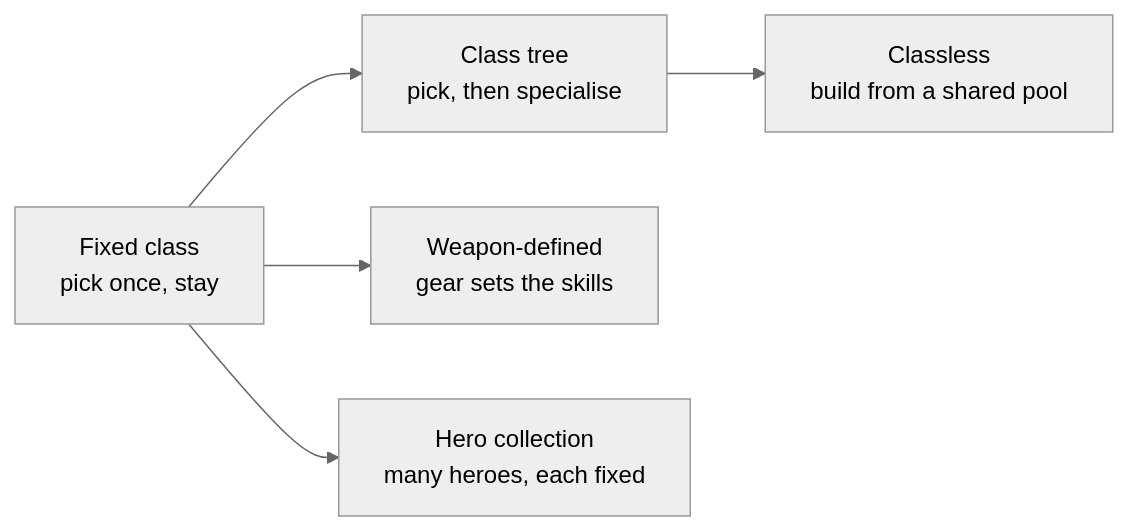
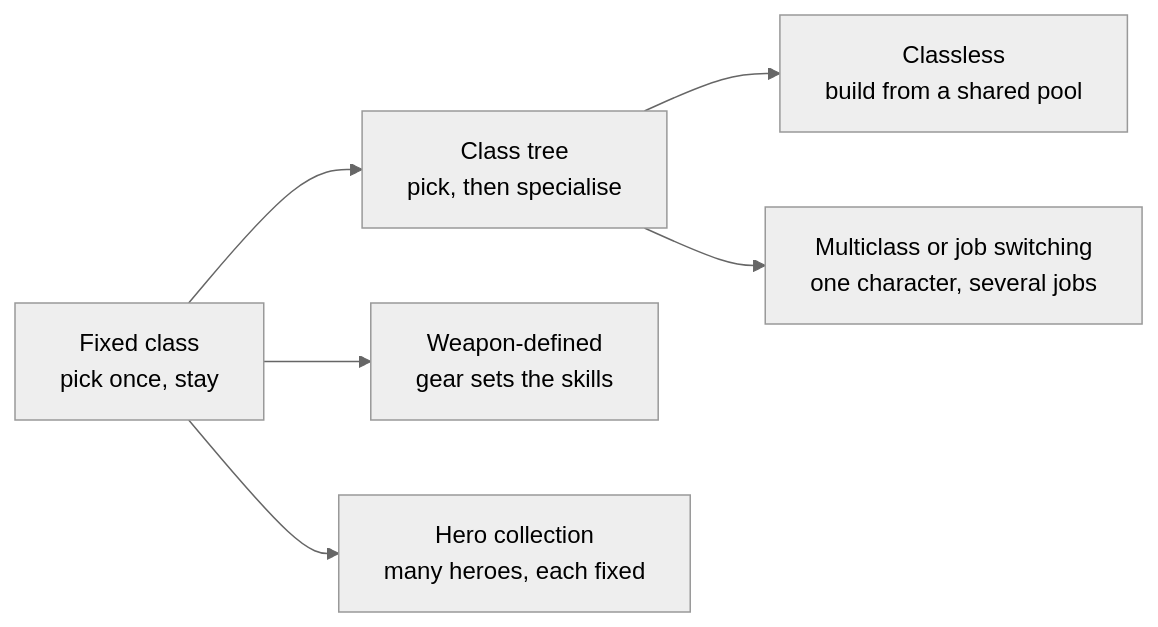
Before and after one commit to huytrongnguyen/game-design-and-development: the first of 2 diagrams in game-design/09-classes-roles.md, drawn with Mermaid (neutral theme). The commit also changed other lines of this file and 31 other files, not shown here.

````diff
--- a/game-design/09-classes-roles.md
+++ b/game-design/09-classes-roles.md
@@ -63,7 +63,8 @@
 ```mermaid
 flowchart LR
     A["Fixed class<br/>pick once, stay"] --> B["Class tree<br/>pick, then specialise"]
     B --> C["Classless<br/>build from a shared pool"]
     A --> D["Weapon-defined<br/>gear sets the skills"]
     A --> E["Hero collection<br/>many heroes, each fixed"]
+    B --> F["Multiclass or job switching<br/>one character, several jobs"]
 ```
````
